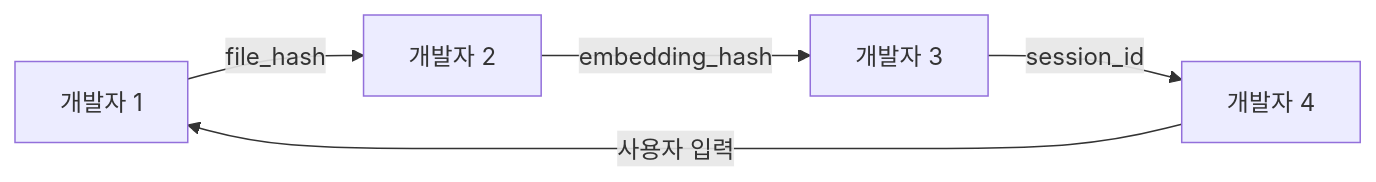
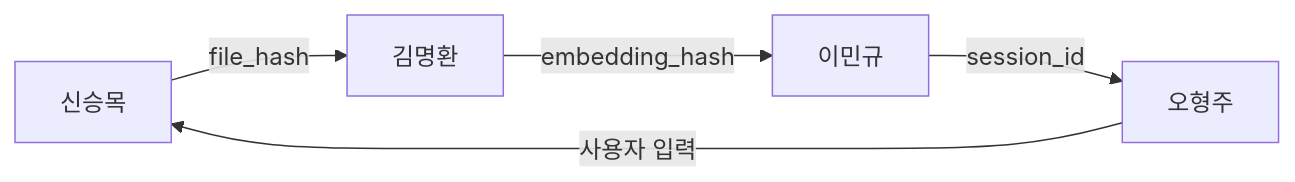
Before and after one commit to c0z0c/codeit_ai_g2b_search: the seventh of 8 diagrams in docs/doc/RAG_PEP_프로젝트_가이드.md, drawn with Mermaid. The commit also changed other lines of this file and 14 other files, not shown here.

````diff
--- a/docs/doc/RAG_PEP_프로젝트_가이드.md
+++ b/docs/doc/RAG_PEP_프로젝트_가이드.md
@@ -1523,7 +1523,7 @@
 ```mermaid
 graph LR
-    A["개발자 1"] -->|"file_hash"| B["개발자 2"]
-    B -->|"embedding_hash"| C["개발자 3"]
-    C -->|"session_id"| D["개발자 4"]
+    A["신승목"] -->|"file_hash"| B["김명환"]
+    B -->|"embedding_hash"| C["이민규"]
+    C -->|"session_id"| D["오형주"]
     D -->|"사용자 입력"| A
 ```
````
